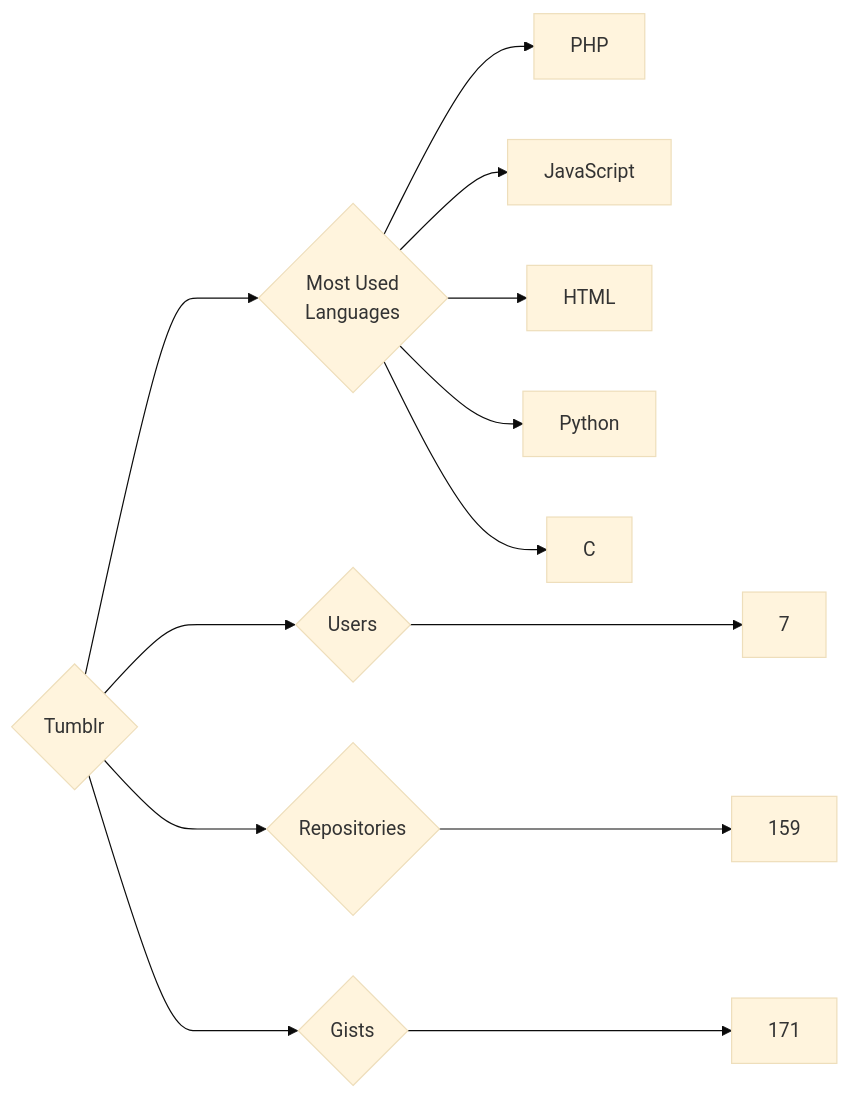
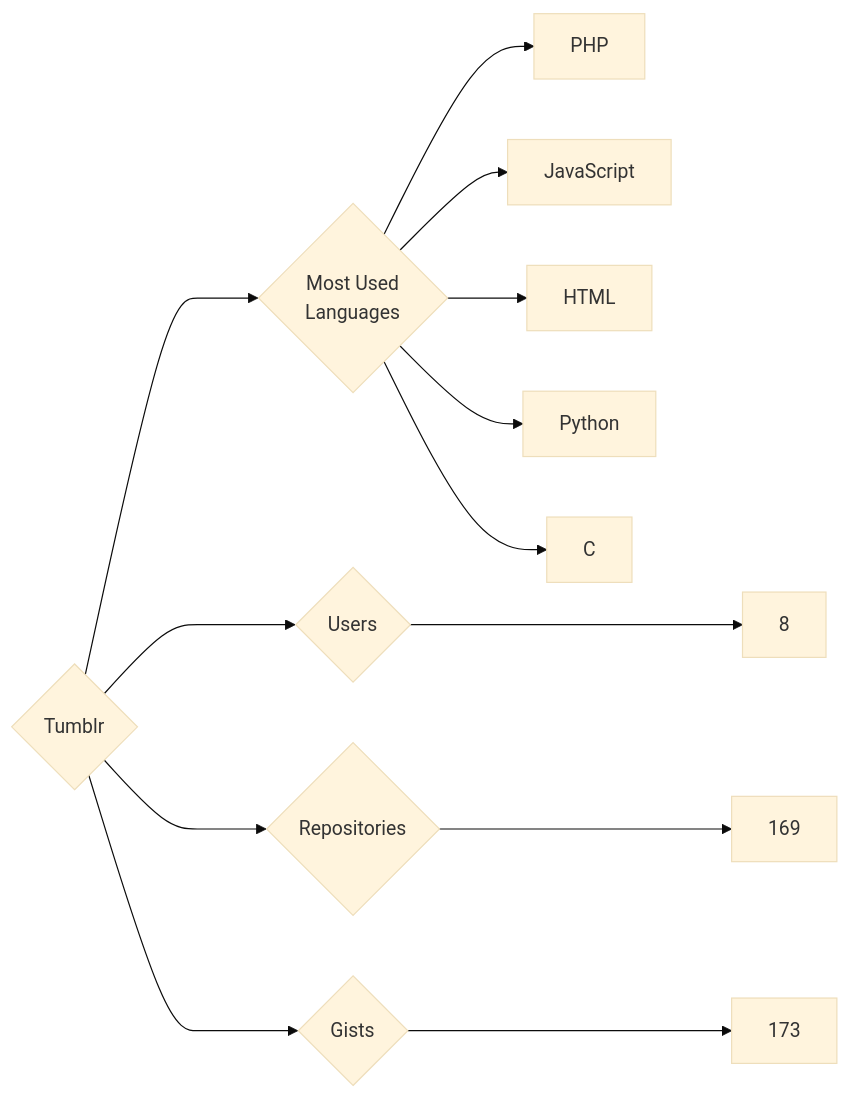
Before and after one commit to trickest/insiders: the diagram in targets/Tumblr/README.md, drawn with Mermaid (base theme). The commit also changed 715 other files, not shown here.

````diff
--- a/targets/Tumblr/README.md
+++ b/targets/Tumblr/README.md
@@ -3,13 +3,13 @@
 ```mermaid
 graph LR
 COMPANY_NAME{Tumblr}
-COMPANY_NAME ---> U{Users} ---> UN[7]
-COMPANY_NAME ---> R{Repositories} ---> RN[159]
-COMPANY_NAME ---> G{Gists} ---> GN[171]
+COMPANY_NAME ---> U{Users} ---> UN[8]
+COMPANY_NAME ---> R{Repositories} ---> RN[169]
+COMPANY_NAME ---> G{Gists} ---> GN[173]
 COMPANY_NAME ---> ML{Most Used<br>Languages}
 ML --> PHP[PHP]
 ML --> JavaScript[JavaScript]
 ML --> HTML[HTML]
 ML --> Python[Python]
 ML --> C[C]
 ```
````
